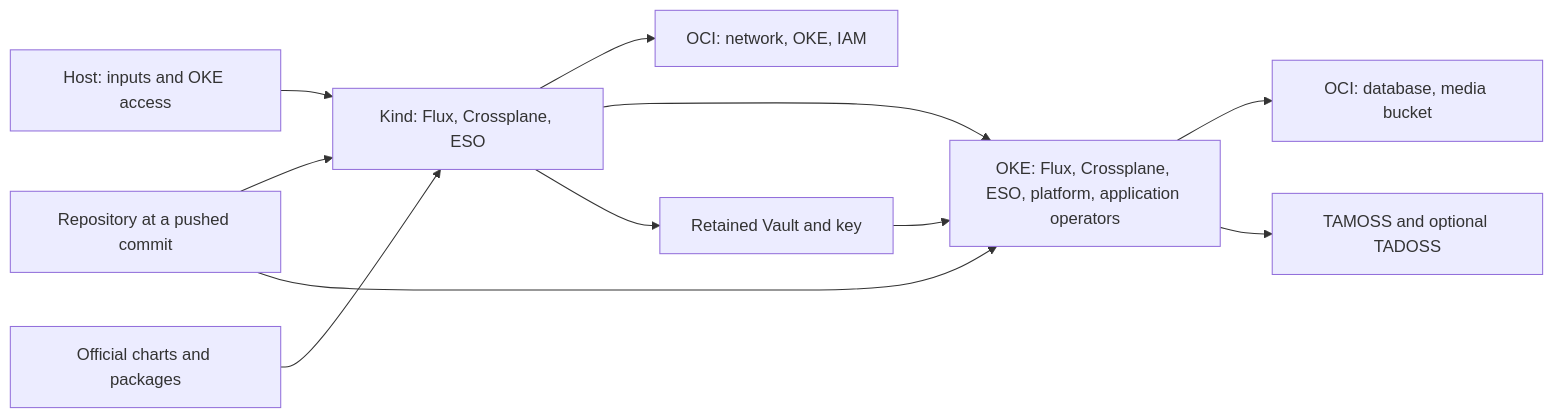
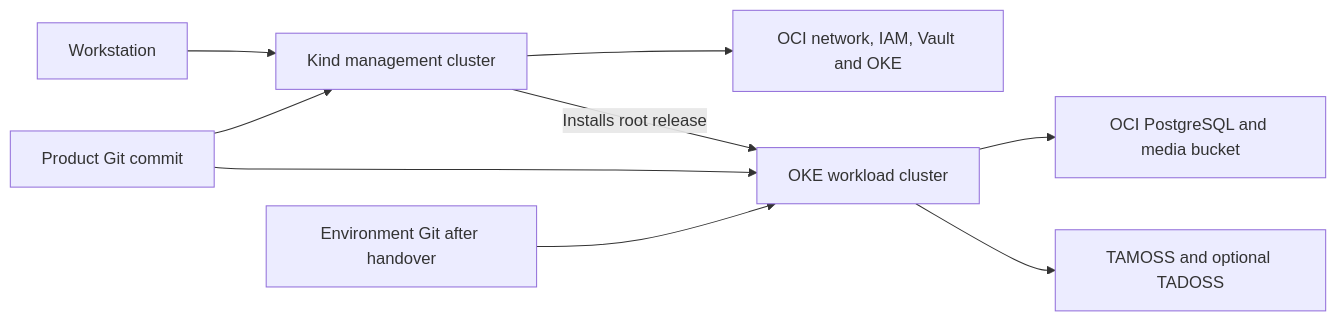
Before and after one commit to livewyer-ops/tamoss-cp-oci: the diagram in docs/architecture.md, drawn with Mermaid. The commit also changed other lines of this file and 15 other files, not shown here.

First line of the commit message:
chore(release): prepare operator guides and CI for 8.2-oci1

````diff
--- a/docs/architecture.md
+++ b/docs/architecture.md
@@ -19,13 +5,11 @@
 ```mermaid
 flowchart LR
-    Host[Host: inputs and OKE access] --> Kind[Kind: Flux, Crossplane, ESO]
-    Git[Repository at a pushed commit] --> Kind
-    Upstream[Official charts and packages] --> Kind
-    Kind --> OCI[OCI: network, OKE, IAM]
-    Kind --> OKE[OKE: Flux, Crossplane, ESO, platform, application operators]
-    OKE --> Services[OCI: database, media bucket]
+    Host[Workstation] --> Kind[Kind management cluster]
+    Kind --> Base[OCI network, IAM, Vault and OKE]
+    Kind -->|Installs root release| OKE[OKE workload cluster]
+    Git[Product Git commit] --> Kind
     Git --> OKE
-    Kind --> Vault[Retained Vault and key]
-    Vault --> OKE
-    OKE --> App[TAMOSS and optional TADOSS]
+    Settings[Environment Git after handover] --> OKE
+    OKE --> Data[OCI PostgreSQL and media bucket]
+    OKE --> Apps[TAMOSS and optional TADOSS]
 ```
````
